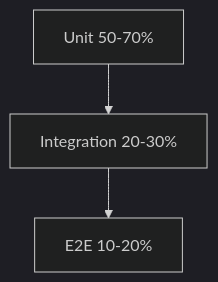
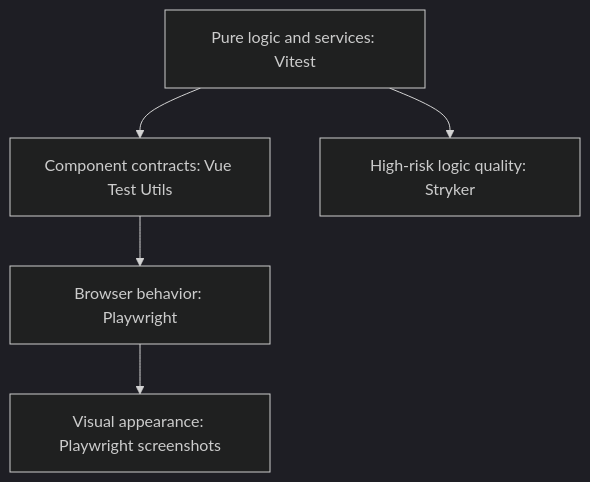
One commit to Mioframe/mioframe changed the diagram in DEVELOPMENT.md. Above: the diagram before and after it, drawn with Mermaid (dark theme). The commit also changed other lines of this file and 7 other files, not shown here.

First line of the commit message:
docs(testing): define component contract test boundaries (#52)

````diff
--- a/DEVELOPMENT.md
+++ b/DEVELOPMENT.md
@@ -145,5 +149,7 @@
 ```mermaid
 graph TB
-    A[Unit 50-70%] --> B[Integration 20-30%]
-    B --> C[E2E 10-20%]
+    A[Pure logic and services: Vitest] --> B[Component contracts: Vue Test Utils]
+    B --> C[Browser behavior: Playwright]
+    C --> D[Visual appearance: Playwright screenshots]
+    A --> E[High-risk logic quality: Stryker]
 ```
````
